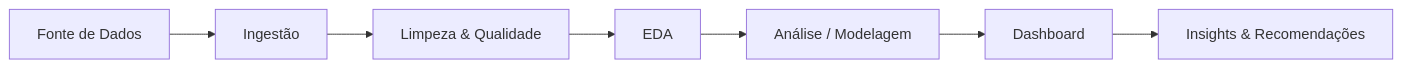
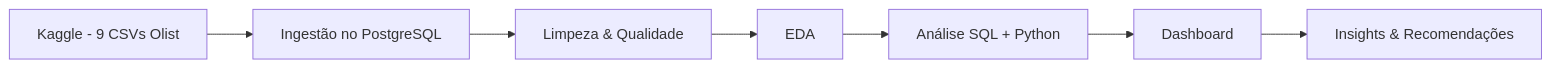
Before and after one commit to luanssk-tech/olist-delivery-insights: the first of 2 diagrams in README.md, drawn with Mermaid. The commit also changed other lines of this file and 1 other file, not shown here.

````diff
--- a/README.md
+++ b/README.md
@@ -111,9 +137,9 @@
 ```mermaid
 flowchart LR
-    A[Fonte de Dados] --> B[Ingestão]
+    A[Kaggle - 9 CSVs Olist] --> B[Ingestão no PostgreSQL]
     B --> C[Limpeza & Qualidade]
     C --> D[EDA]
-    D --> E[Análise / Modelagem]
+    D --> E[Análise SQL + Python]
     E --> F[Dashboard]
     F --> G[Insights & Recomendações]
 ```
````
